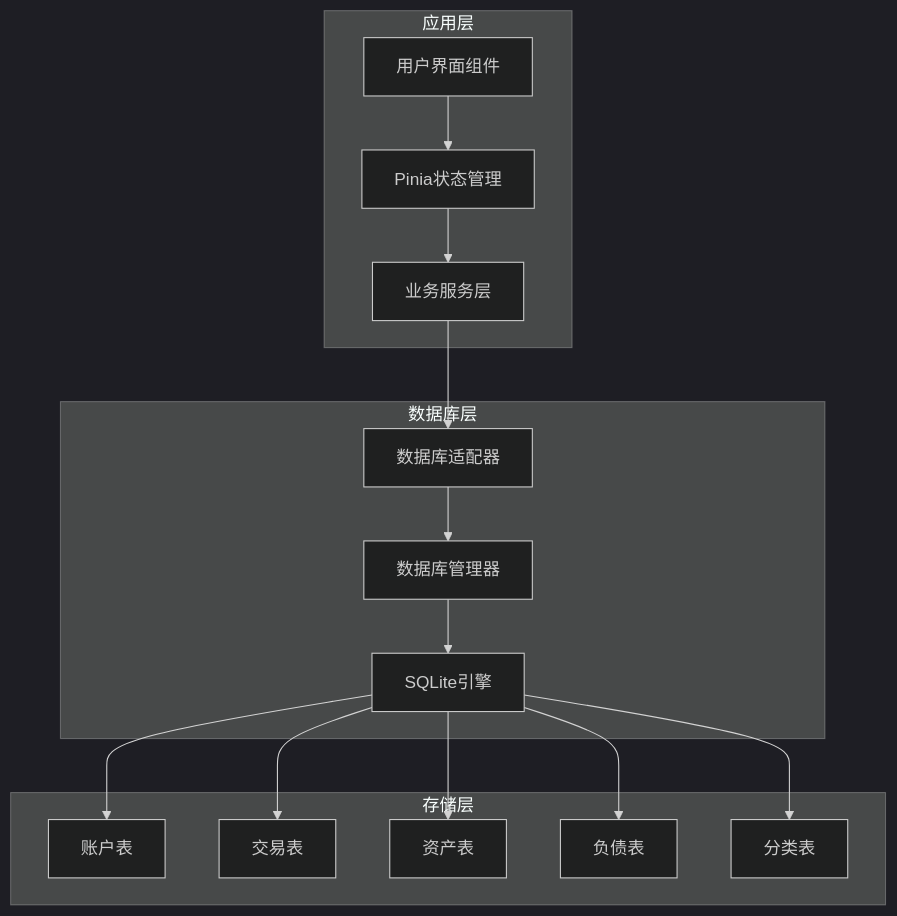
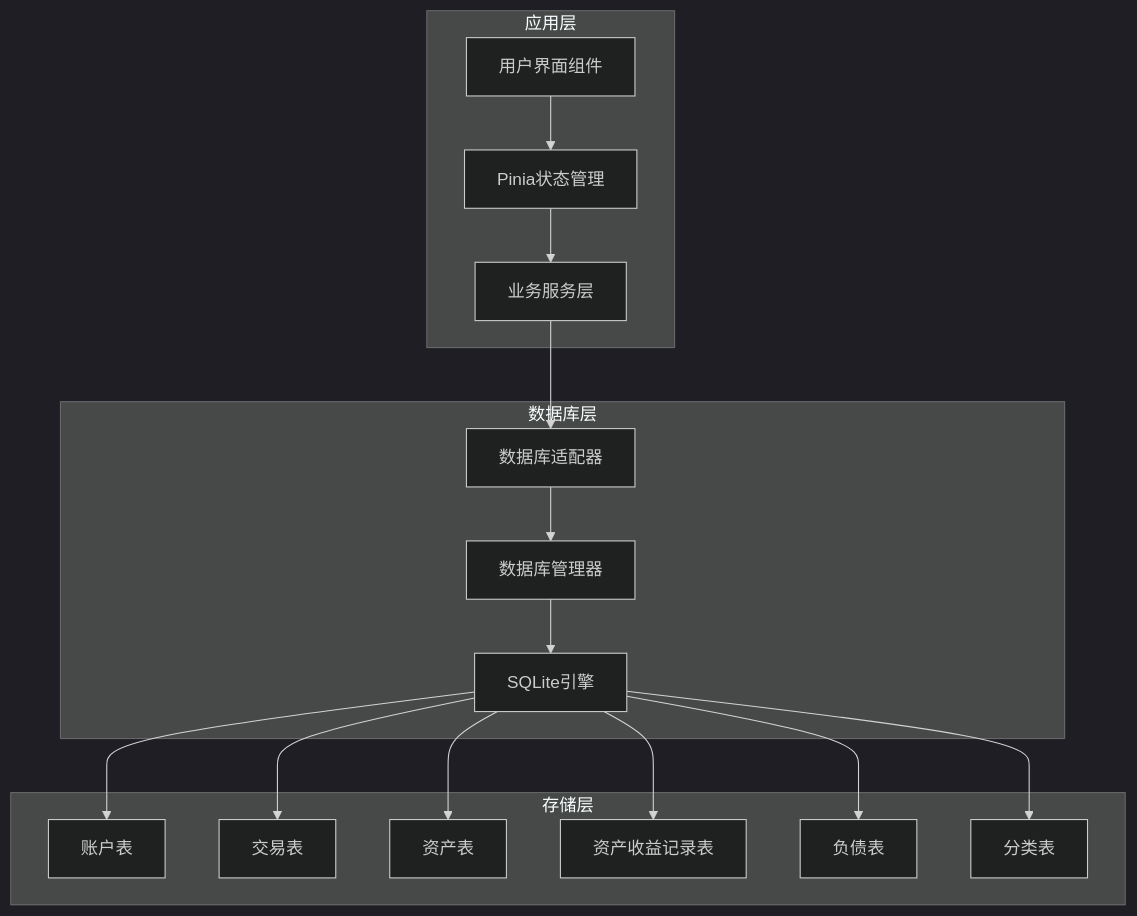
Before and after one commit to xiao-lin-unit/yuan: the first of 9 diagrams in .qoder/repowiki/zh/content/数据库管理/数据库设计.md, drawn with Mermaid (dark theme). The commit also changed other lines of this file and 18 other files, not shown here.

````diff
--- a/.qoder/repowiki/zh/content/数据库管理/数据库设计.md
+++ b/.qoder/repowiki/zh/content/数据库管理/数据库设计.md
@@ -46,30 +50,32 @@
 ```mermaid
 graph TB
 subgraph "应用层"
 UI[用户界面组件]
 Store[Pinia状态管理]
 Service[业务服务层]
 end
 subgraph "数据库层"
 Adapter[数据库适配器]
 Manager[数据库管理器]
 SQLite[SQLite引擎]
 end
 subgraph "存储层"
 Accounts[账户表]
 Transactions[交易表]
 Assets[资产表]
+AssetIncomeRecords[资产收益记录表]
 Liabilities[负债表]
 Categories[分类表]
 end
 UI --> Store
 Store --> Service
 Service --> Adapter
 Adapter --> Manager
 Manager --> SQLite
 SQLite --> Accounts
 SQLite --> Transactions
 SQLite --> Assets
+SQLite --> AssetIncomeRecords
 SQLite --> Liabilities
 SQLite --> Categories
 ```
````
